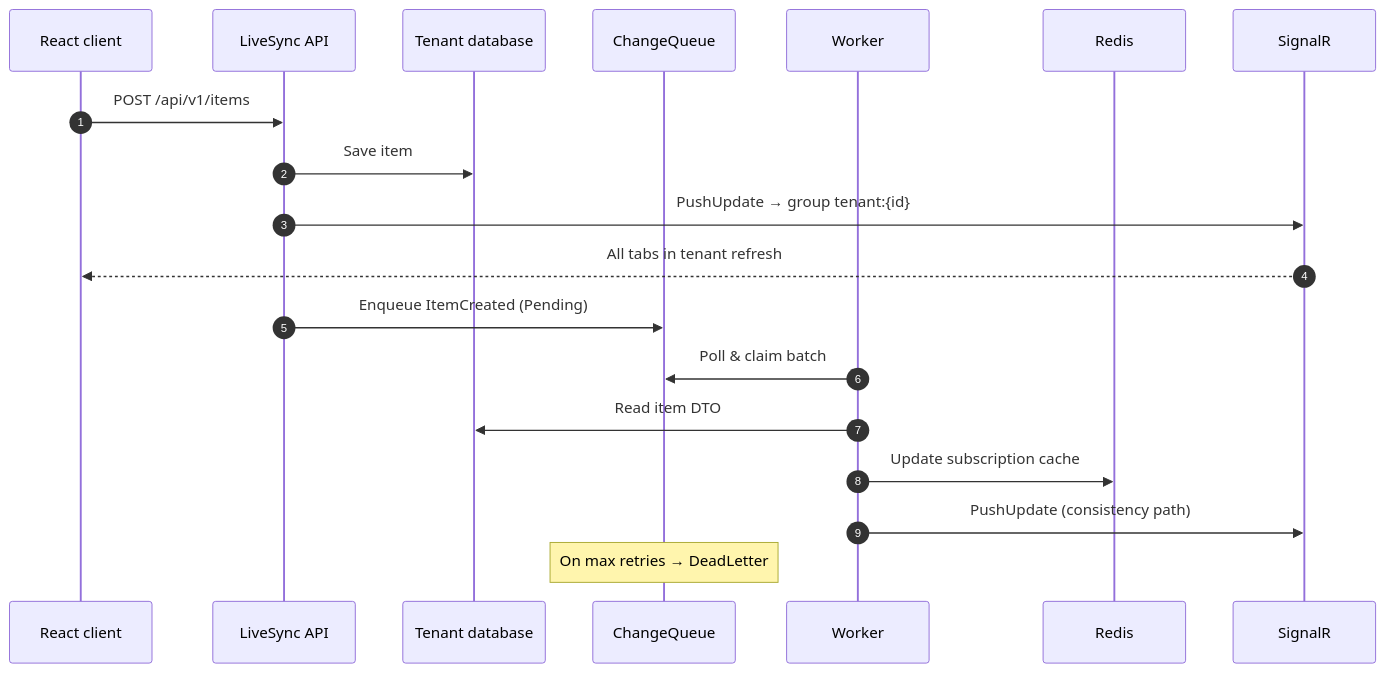
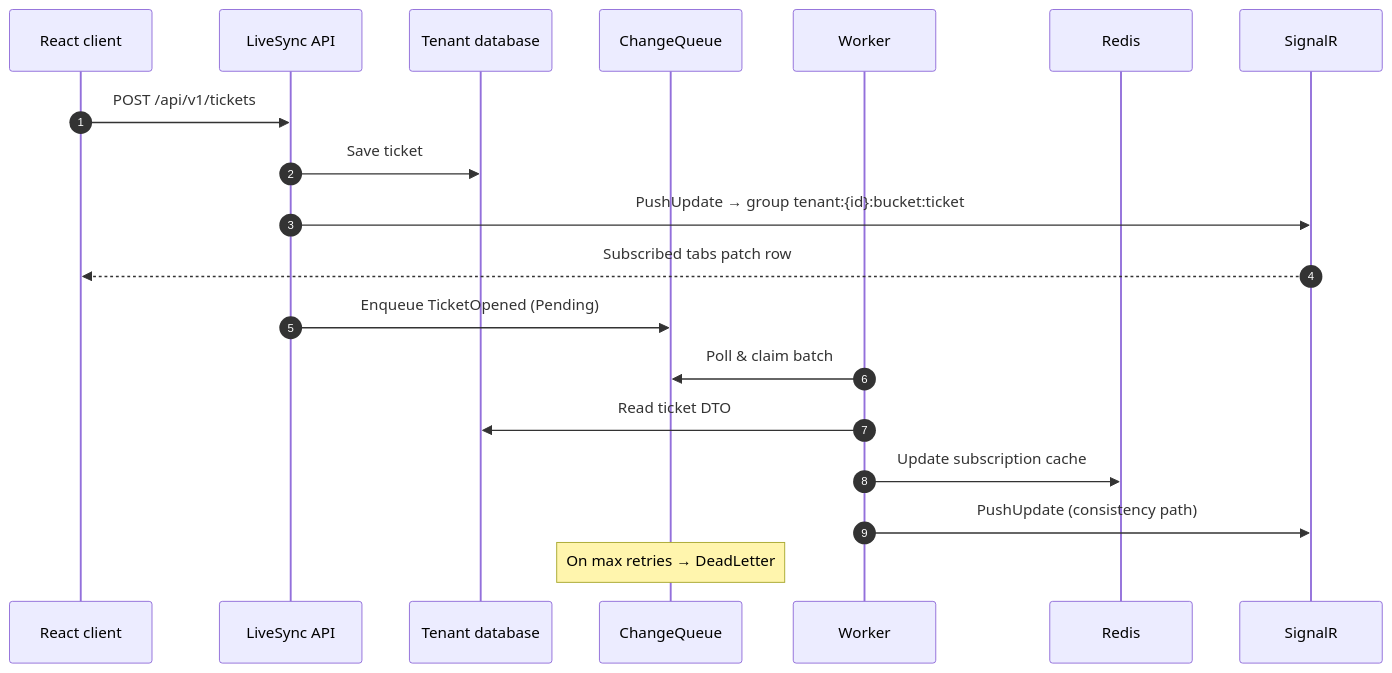
Before and after one commit to ismayilov449/LiveSync: the fourth of 5 diagrams in LiveSync.PushPlatform/README.md, drawn with Mermaid. The commit also changed other lines of this file and 215 other files, not shown here.

````diff
--- a/LiveSync.PushPlatform/README.md
+++ b/LiveSync.PushPlatform/README.md
@@ -175,22 +182,22 @@
 ```mermaid
 sequenceDiagram
     autonumber
     participant UI as React client
     participant API as LiveSync API
     participant DB as Tenant database
     participant Q as ChangeQueue
     participant W as Worker
     participant R as Redis
     participant SR as SignalR
 
-    UI->>API: POST /api/v1/items
-    API->>DB: Save item
-    API->>SR: PushUpdate → group tenant:{id}
-    SR-->>UI: All tabs in tenant refresh
-    API->>Q: Enqueue ItemCreated (Pending)
+    UI->>API: POST /api/v1/tickets
+    API->>DB: Save ticket
+    API->>SR: PushUpdate → group tenant:{id}:bucket:ticket
+    SR-->>UI: Subscribed tabs patch row
+    API->>Q: Enqueue TicketOpened (Pending)
     W->>Q: Poll & claim batch
-    W->>DB: Read item DTO
+    W->>DB: Read ticket DTO
     W->>R: Update subscription cache
     W->>SR: PushUpdate (consistency path)
     Note over Q: On max retries → DeadLetter
 ```
````
